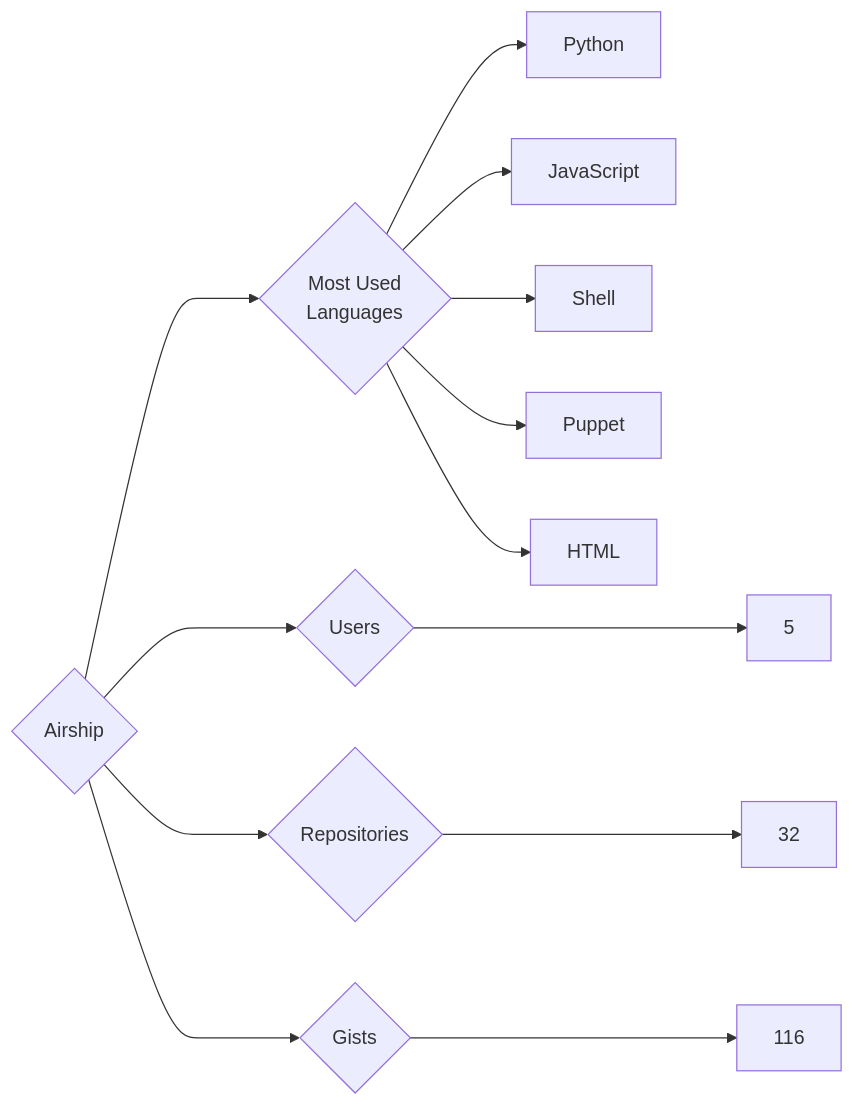
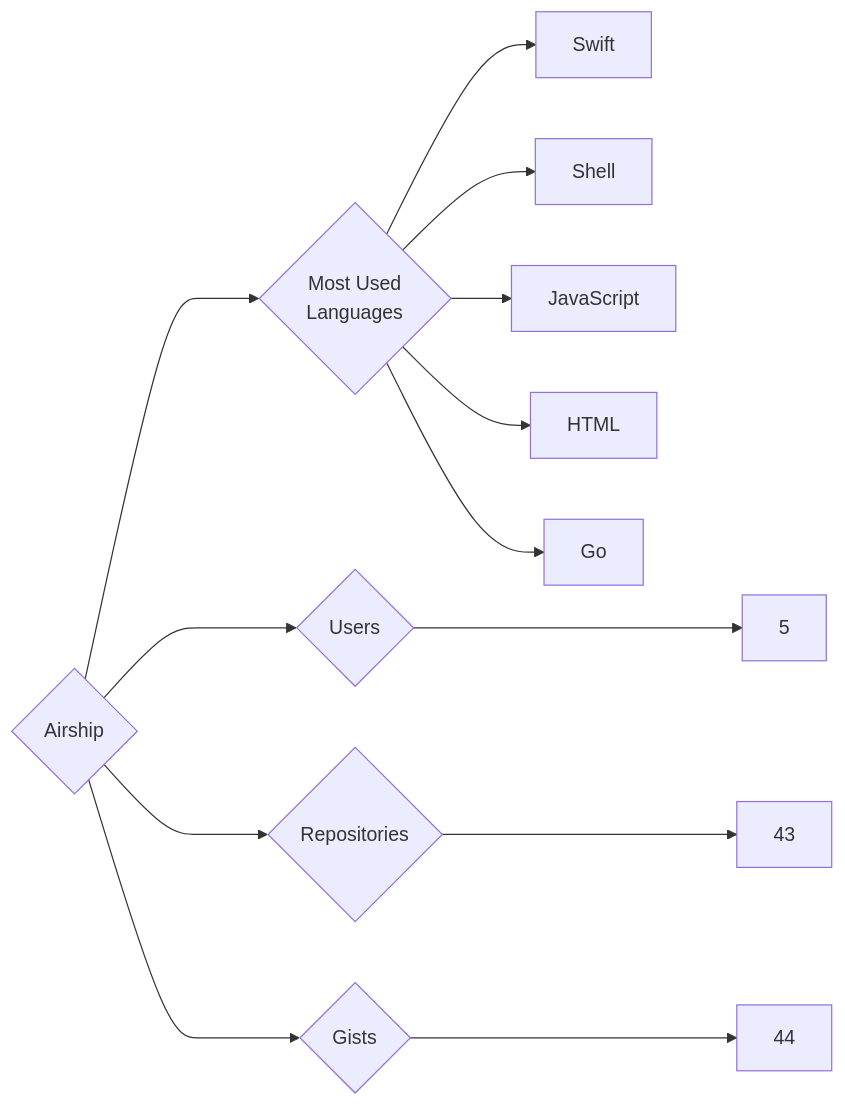
The diagram in targets/Airship/README.md (trickest/insiders), drawn with Mermaid before and after one commit. The commit also changed 1084 other files, not shown here.

````diff
--- a/targets/Airship/README.md
+++ b/targets/Airship/README.md
@@ -3,13 +3,13 @@
 ```mermaid
 graph LR
 COMPANY_NAME{Airship}
 COMPANY_NAME ---> U{Users} ---> UN[5]
-COMPANY_NAME ---> R{Repositories} ---> RN[32]
-COMPANY_NAME ---> G{Gists} ---> GN[116]
+COMPANY_NAME ---> R{Repositories} ---> RN[43]
+COMPANY_NAME ---> G{Gists} ---> GN[44]
 COMPANY_NAME ---> ML{Most Used<br>Languages}
-ML --> Python[Python]
+ML --> Swift[Swift]
+ML --> Shell[Shell]
 ML --> JavaScript[JavaScript]
-ML --> Shell[Shell]
-ML --> Puppet[Puppet]
 ML --> HTML[HTML]
+ML --> Go[Go]
 ```
````
